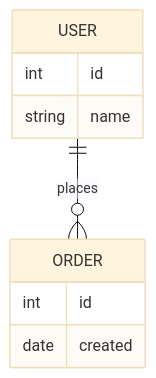
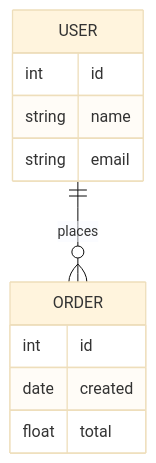
One commit to akhilmakol/vscode-ai-diagram-as-a-code changed the seventh of 9 diagrams in troubleshooting_guide.md. Above: the diagram before and after it, drawn with Mermaid (base theme). The commit also changed other lines of this file, not shown here.

````diff
--- a/troubleshooting_guide.md
+++ b/troubleshooting_guide.md
@@ -79,12 +82,14 @@
 ```mermaid
 erDiagram
     USER {
         int id
         string name
+        string email
     }
     ORDER {
         int id
         date created
+        float total
     }
     USER ||--o{ ORDER : places
 ```
````
